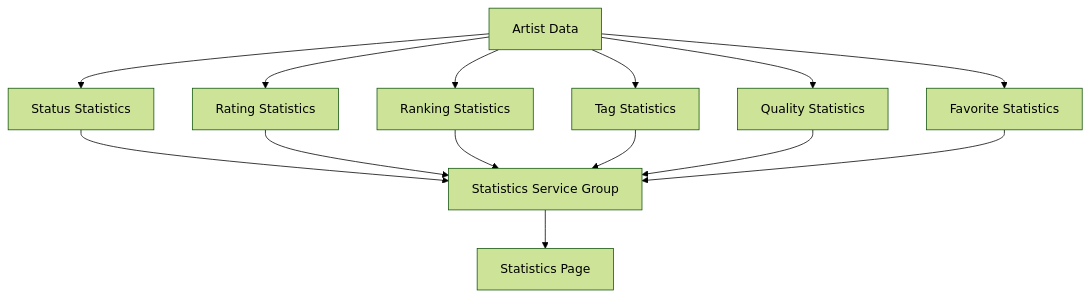
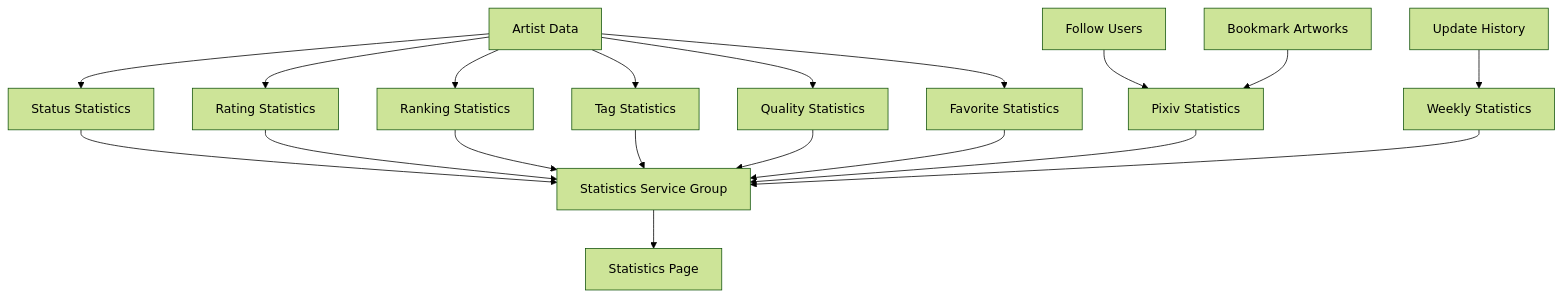
One commit to PKT0623/PixivLocalManager changed diagram 23 of 24 in docs/07_ARCHITECTURE.md. Above: the diagram before and after it, drawn with Mermaid (forest theme). The commit also changed other lines of this file and 10 other files, not shown here.

Commit message:
docs: update V2 completion status and V3 roadmap

````diff
--- a/docs/07_ARCHITECTURE.md
+++ b/docs/07_ARCHITECTURE.md
@@ -885,30 +888,42 @@
 ```mermaid
 flowchart TD
 
 ARTISTS[Artist Data]
+FOLLOWS[Follow Users]
+BOOKMARKS[Bookmark Artworks]
+HISTORY[Update History]
 
 ARTISTS --> STATUS
 ARTISTS --> RATING
 ARTISTS --> RANKING
 ARTISTS --> TAG
 ARTISTS --> QUALITY
 ARTISTS --> FAVORITE
 
+FOLLOWS --> PIXIV
+BOOKMARKS --> PIXIV
+
+HISTORY --> WEEKLY
+
 STATUS[Status Statistics]
 RATING[Rating Statistics]
 RANKING[Ranking Statistics]
 TAG[Tag Statistics]
 QUALITY[Quality Statistics]
 FAVORITE[Favorite Statistics]
+PIXIV[Pixiv Statistics]
+WEEKLY[Weekly Statistics]
 
 STATUS --> STATISTICS
 RATING --> STATISTICS
 RANKING --> STATISTICS
 TAG --> STATISTICS
 QUALITY --> STATISTICS
 FAVORITE --> STATISTICS
+PIXIV --> STATISTICS
+WEEKLY --> STATISTICS
 
 STATISTICS[Statistics Service Group]
 
 STATISTICS --> PAGE[Statistics Page]
 ```
````
